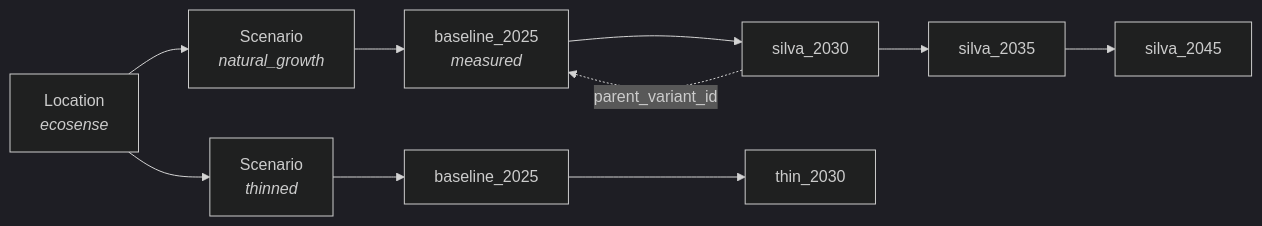
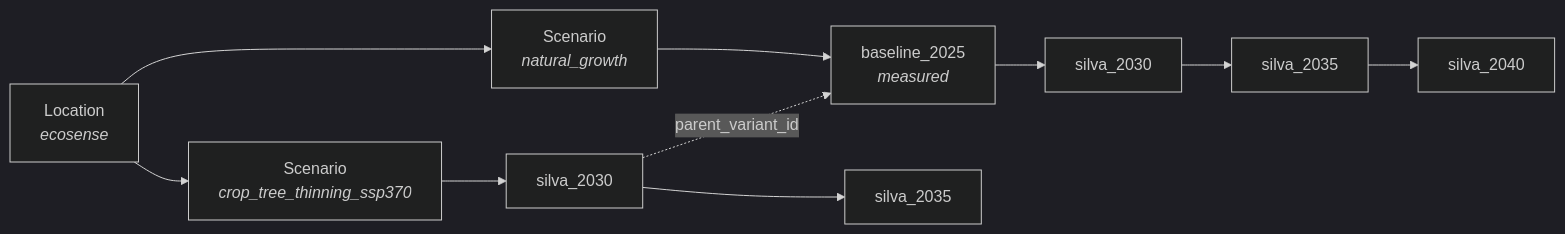
The second of 2 diagrams in README.md (XRFutureForests/digital-twin-db), drawn with Mermaid (dark theme) before and after one commit. The commit also changed other lines of this file and 30 other files, not shown here.

First line of the commit message:
Docs: audit against the live schema, generate the data dictionary and ERD

````diff
--- a/README.md
+++ b/README.md
@@ -43,8 +48,8 @@
 ```mermaid
 flowchart LR
     L["Location<br/><i>ecosense</i>"] --> S1["Scenario<br/><i>natural_growth</i>"]
-    L --> S2["Scenario<br/><i>thinned</i>"]
-    S1 --> V1["baseline_2025<br/><i>measured</i>"] --> V2["silva_2030"] --> V3["silva_2035"] --> V4["silva_2045"]
-    S2 --> W1["baseline_2025"] --> W2["thin_2030"]
-    V2 -. "parent_variant_id" .-> V1
+    L --> S2["Scenario<br/><i>crop_tree_thinning_ssp370</i>"]
+    S1 --> V1["baseline_2025<br/><i>measured</i>"] --> V2["silva_2030"] --> V3["silva_2035"] --> V4["silva_2040"]
+    S2 --> W1["silva_2030"] --> W2["silva_2035"]
+    W1 -. "parent_variant_id" .-> V1
 ```
````
